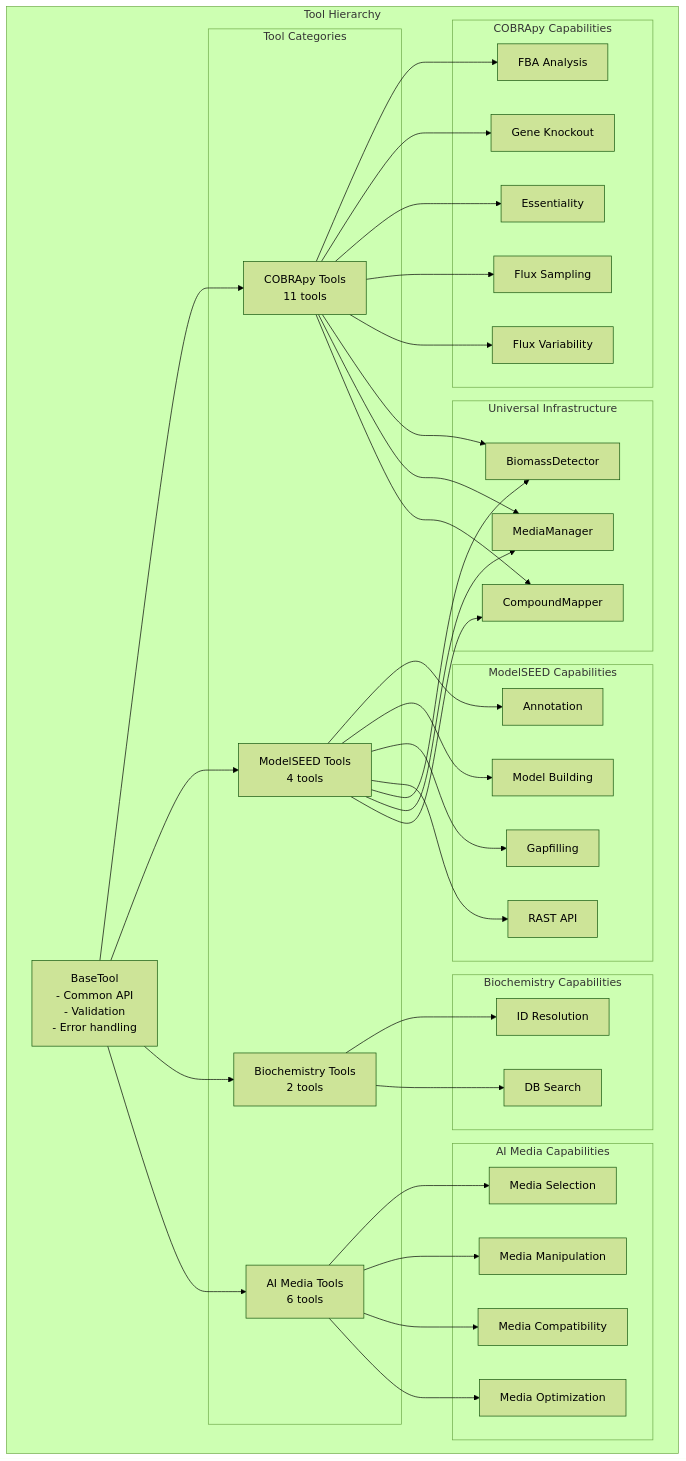
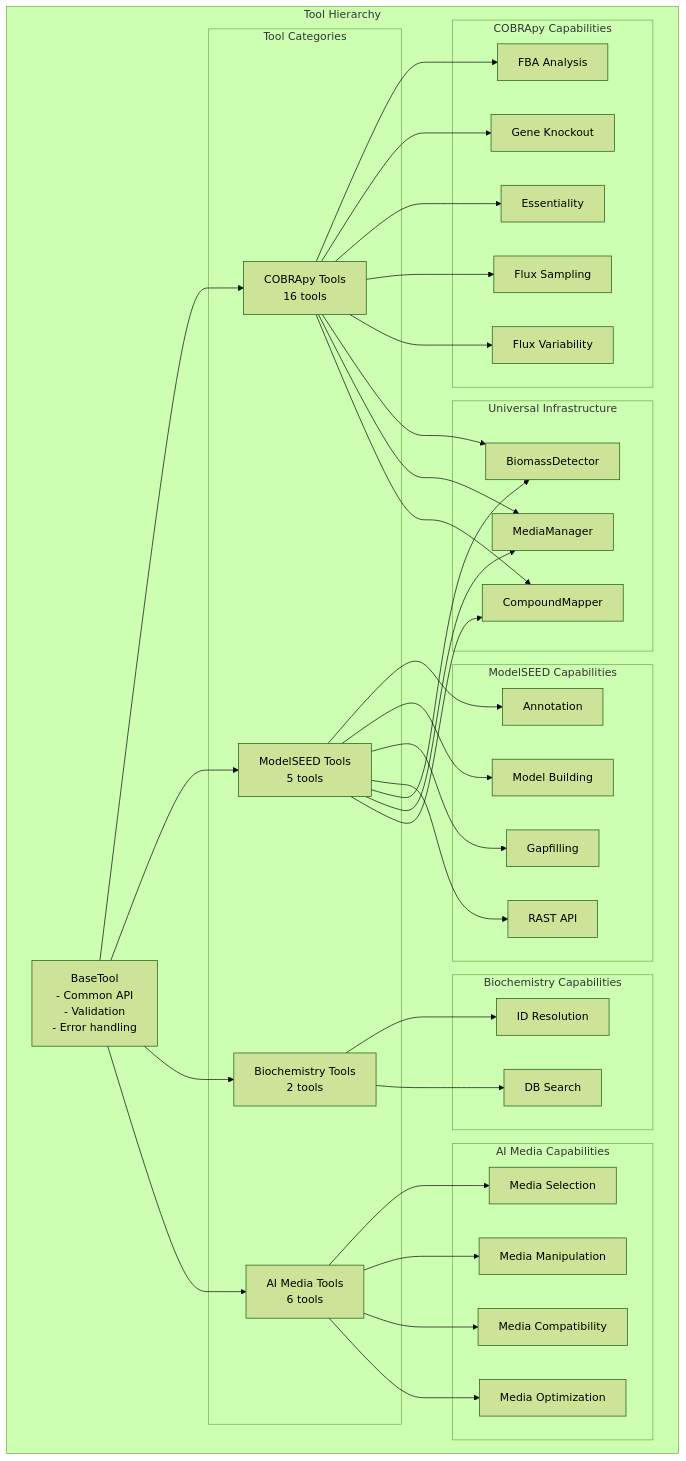
One commit to jplfaria/ModelSEEDagent changed the third of 4 diagrams in docs/ARCHITECTURE.md. Above: the diagram before and after it, drawn with Mermaid (forest theme). The commit also changed other lines of this file and 4 other files, not shown here.

````diff
--- a/docs/ARCHITECTURE.md
+++ b/docs/ARCHITECTURE.md
@@ -187,77 +187,77 @@
 ```mermaid
 graph TD
     subgraph "Tool Hierarchy"
         BT[BaseTool<br/>- Common API<br/>- Validation<br/>- Error handling]
 
         subgraph "Tool Categories"
-            CT[COBRApy Tools<br/>11 tools]
-            MT[ModelSEED Tools<br/>4 tools]
+            CT[COBRApy Tools<br/>16 tools]
+            MT[ModelSEED Tools<br/>5 tools]
             BCT[Biochemistry Tools<br/>2 tools]
             AMT[AI Media Tools<br/>6 tools]
         end
 
         subgraph "COBRApy Capabilities"
             FBA[FBA Analysis]
             GKO[Gene Knockout]
             ESS[Essentiality]
             FS[Flux Sampling]
             FVA[Flux Variability]
         end
 
         subgraph "ModelSEED Capabilities"
             ANN[Annotation]
             BUILD[Model Building]
             GAP[Gapfilling]
             RAST[RAST API]
         end
 
         subgraph "Biochemistry Capabilities"
             IDR[ID Resolution]
             DBS[DB Search]
         end
 
         subgraph "AI Media Capabilities"
             SEL[Media Selection]
             MAN[Media Manipulation]
             COMP[Media Compatibility]
             OPT[Media Optimization]
         end
 
         subgraph "Universal Infrastructure"
             BD[BiomassDetector]
             MM[MediaManager]
             CM[CompoundMapper]
         end
     end
 
     BT --> CT
     BT --> MT
     BT --> BCT
     BT --> AMT
 
     CT --> FBA
     CT --> GKO
     CT --> ESS
     CT --> FS
     CT --> FVA
 
     MT --> ANN
     MT --> BUILD
     MT --> GAP
     MT --> RAST
 
     BCT --> IDR
     BCT --> DBS
 
     AMT --> SEL
     AMT --> MAN
     AMT --> COMP
     AMT --> OPT
 
     CT --> BD
     CT --> MM
     CT --> CM
     MT --> BD
     MT --> MM
     MT --> CM
 ```
````
